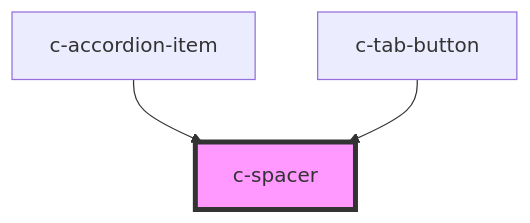
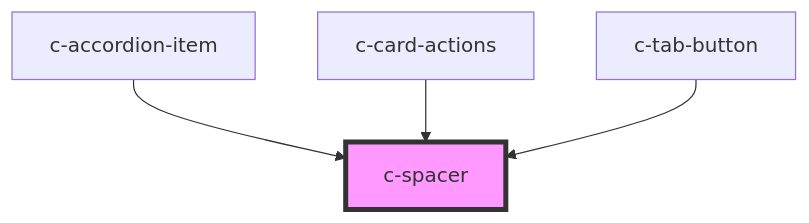
Before and after one commit to hannyle/csc-ui: the diagram in src/components/spacer/readme.md, drawn with Mermaid. The commit also changed other lines of this file and 72 other files, not shown here.

````diff
--- a/src/components/spacer/readme.md
+++ b/src/components/spacer/readme.md
@@ -16,6 +17,7 @@
 ```mermaid
 graph TD;
   c-accordion-item --> c-spacer
+  c-card-actions --> c-spacer
   c-tab-button --> c-spacer
   style c-spacer fill:#f9f,stroke:#333,stroke-width:4px
 ```
````
